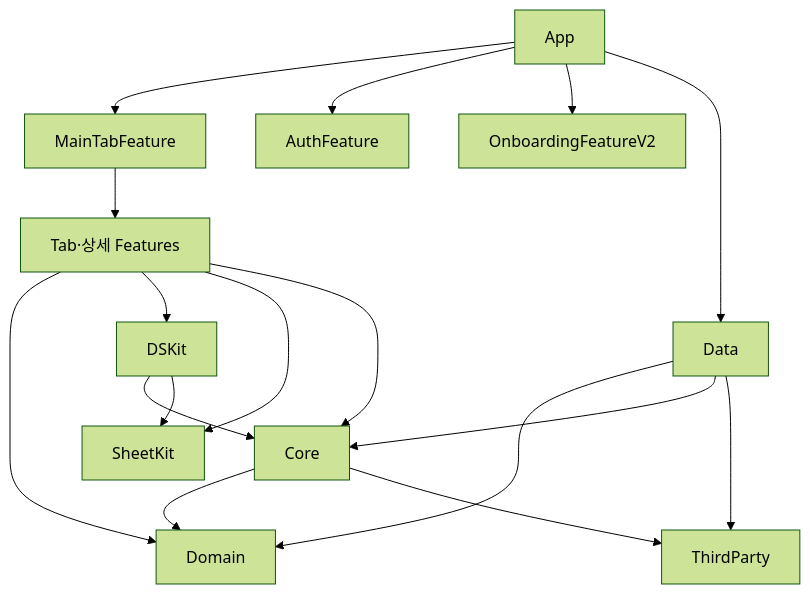
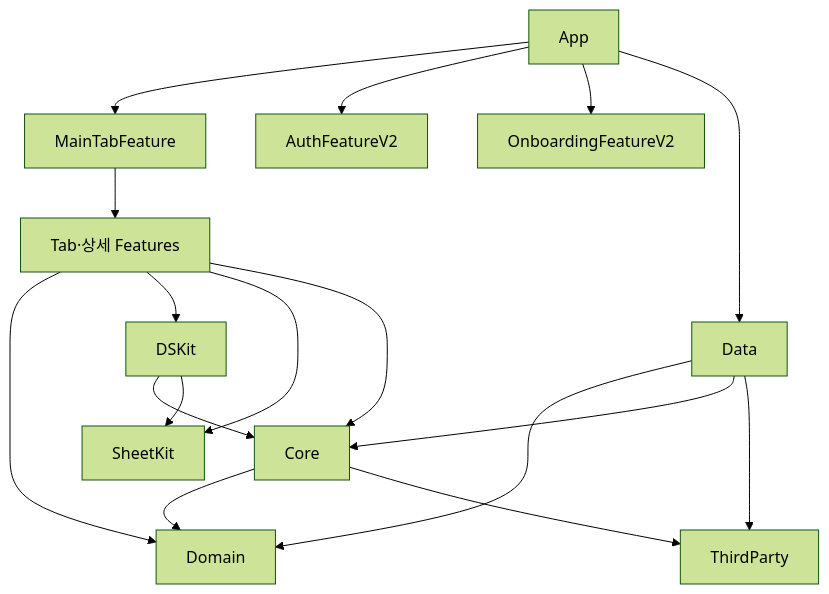
The diagram in Docs/architecture/architecture.md (team-PopPang/PopPang-iOS), drawn with Mermaid (forest theme) before and after one commit. The commit also changed other lines of this file and 34 other files, not shown here.

First line of the commit message:
[feature] 회원가입 화면을 새 디자인의 AuthFeatureV2로 바꾼다 (#139)

````diff
--- a/Docs/architecture/architecture.md
+++ b/Docs/architecture/architecture.md
@@ -156,19 +157,19 @@
 ```mermaid
 flowchart TD
     App --> MainTabFeature
-    App --> AuthFeature
+    App --> AuthFeatureV2
     App --> OnboardingFeatureV2
     App --> Data
     MainTabFeature --> TabFeatures["Tab·상세 Features"]
     TabFeatures --> Domain
     TabFeatures --> DSKit
     TabFeatures --> SheetKit
     TabFeatures --> Core
     Data --> Domain
     Data --> Core
     Data --> ThirdParty
     DSKit --> Core
     DSKit --> SheetKit
     Core --> Domain
     Core --> ThirdParty
 ```
````
